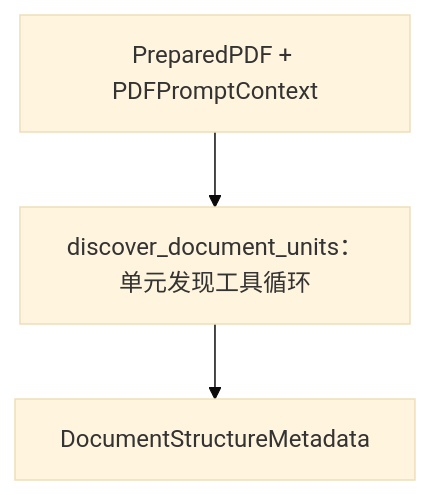
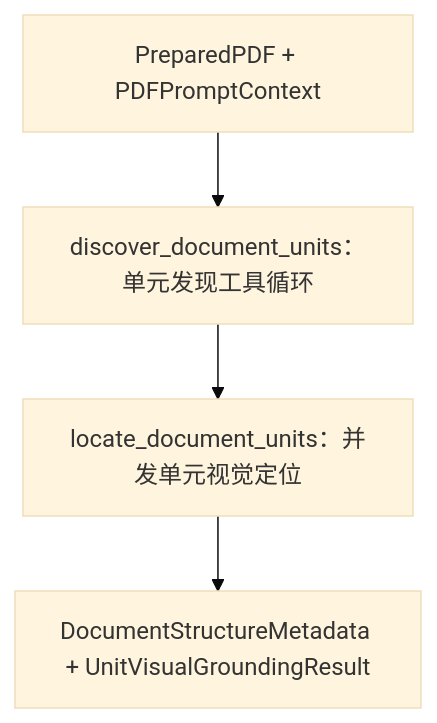
One commit to caicai-6666/contract-service-be changed the diagram in description/architecture/subgraph/document-structure.md. Above: the diagram before and after it, drawn with Mermaid (base theme). The commit also changed other lines of this file and 71 other files, not shown here.

````diff
--- a/description/architecture/subgraph/document-structure.md
+++ b/description/architecture/subgraph/document-structure.md
@@ -20,8 +20,9 @@
 ```mermaid
 flowchart TD
     input["PreparedPDF + PDFPromptContext"]
     discover["discover_document_units：单元发现工具循环"]
-    output["DocumentStructureMetadata"]
+    locate["locate_document_units：并发单元视觉定位"]
+    output["DocumentStructureMetadata + UnitVisualGroundingResult"]
 
-    input --> discover --> output
+    input --> discover --> locate --> output
 ```
````
